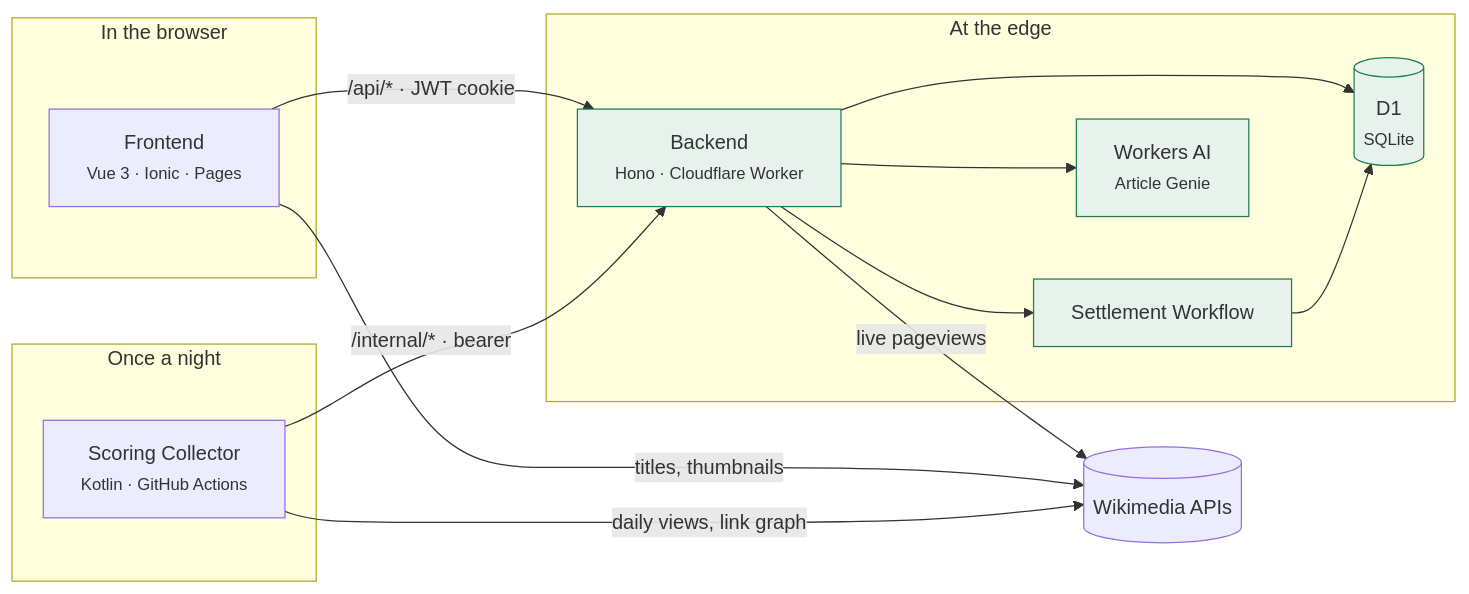
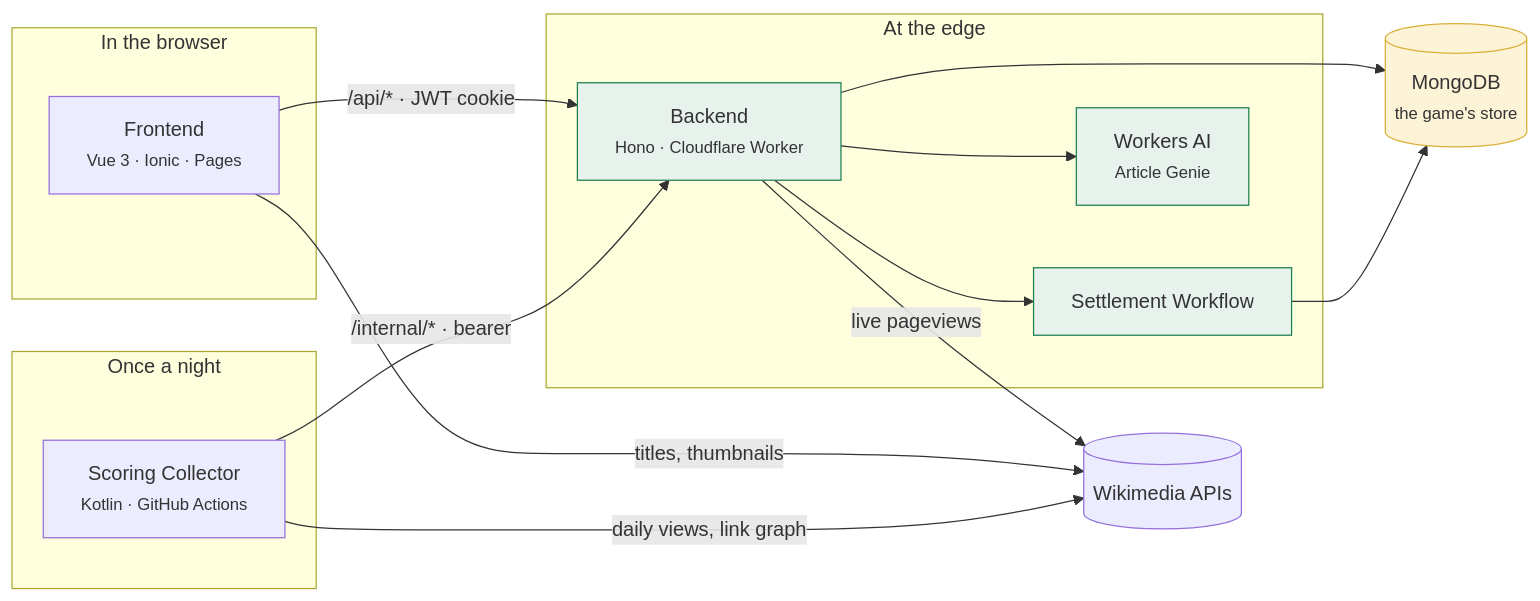
Before and after one commit to FantasyWiki/FantasyWiki: the second of 3 diagrams in docs/site/pages/overview/what-is-fantasywiki.md, drawn with Mermaid. The commit also changed other lines of this file and 48 other files, not shown here.

````diff
--- a/docs/site/pages/overview/what-is-fantasywiki.md
+++ b/docs/site/pages/overview/what-is-fantasywiki.md
@@ -59,32 +59,35 @@
 ```mermaid
 flowchart LR
   subgraph Player["In the browser"]
     FE["Frontend<br/><small>Vue 3 · Ionic · Pages</small>"]
   end
 
   subgraph Edge["At the edge"]
     BE["Backend<br/><small>Hono · Cloudflare Worker</small>"]
-    D1[("D1<br/><small>SQLite</small>")]
     WF["Settlement Workflow"]
     AI["Workers AI<br/><small>Article Genie</small>"]
   end
+
+  DB[("MongoDB<br/><small>the game's store</small>")]
 
   subgraph Batch["Once a night"]
     COL["Scoring Collector<br/><small>Kotlin · GitHub Actions</small>"]
   end
 
   WM[("Wikimedia APIs")]
 
   FE -->|"/api/* · JWT cookie"| BE
   FE -->|"titles, thumbnails"| WM
-  BE --> D1
+  BE --> DB
   BE --> WF
-  WF --> D1
+  WF --> DB
   BE --> AI
   BE -->|"live pageviews"| WM
   COL -->|"/internal/* · bearer"| BE
   COL -->|"daily views, link graph"| WM
 
   classDef edge fill:#e8f2ec,stroke:#1e7e50;
-  class BE,D1,WF,AI edge;
+  classDef store fill:#fdf3d6,stroke:#d8b03a;
+  class BE,WF,AI edge;
+  class DB store;
 ```
````
